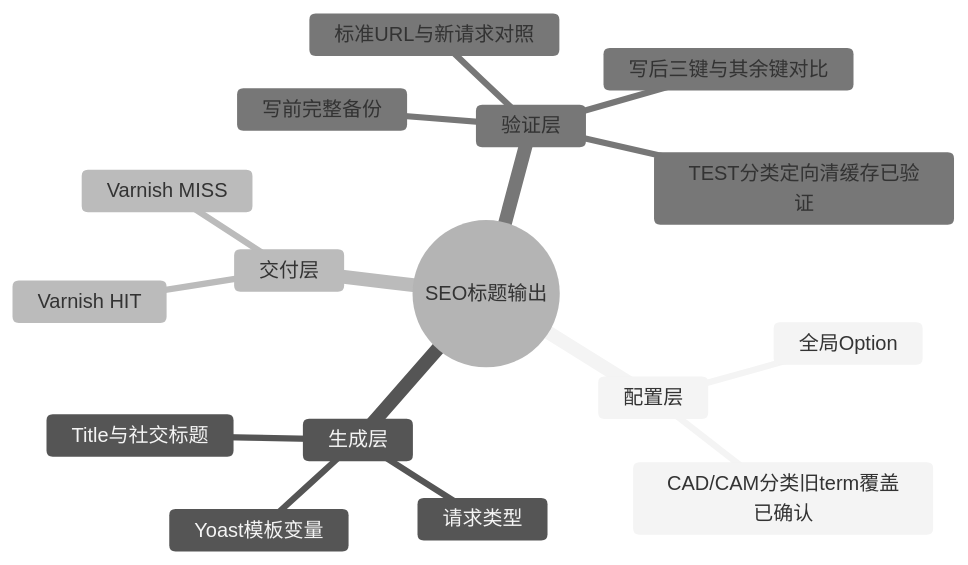
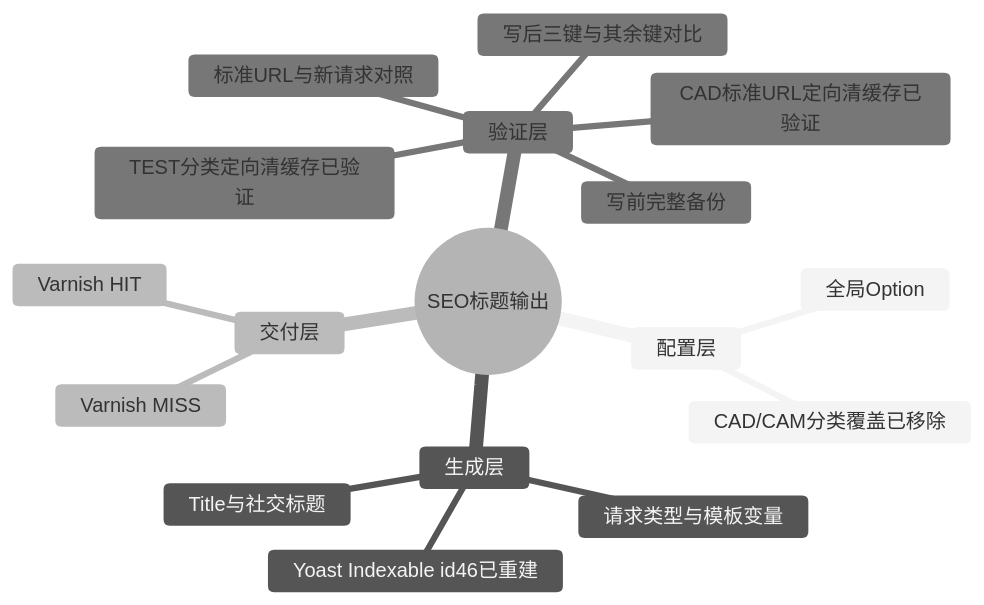
The first of 2 diagrams in project-docs/笔记/WordPress实战笔记/Day91-Yoast模板与缓存分层验证.md (nicewangli/dentall), drawn with Mermaid (neutral theme) before and after one commit. The commit also changed other lines of this file and 4 other files, not shown here.

````diff
--- a/project-docs/笔记/WordPress实战笔记/Day91-Yoast模板与缓存分层验证.md
+++ b/project-docs/笔记/WordPress实战笔记/Day91-Yoast模板与缓存分层验证.md
@@ -64,19 +65,20 @@
 ```mermaid
 mindmap
   root((SEO标题输出))
     配置层
       全局Option
-      CAD/CAM分类旧term覆盖已确认
+      CAD/CAM分类覆盖已移除
     生成层
-      请求类型
-      Yoast模板变量
+      Yoast Indexable id46已重建
+      请求类型与模板变量
       Title与社交标题
     交付层
       Varnish HIT
       Varnish MISS
     验证层
       写前完整备份
       写后三键与其余键对比
       标准URL与新请求对照
       TEST分类定向清缓存已验证
+      CAD标准URL定向清缓存已验证
 ```
````
